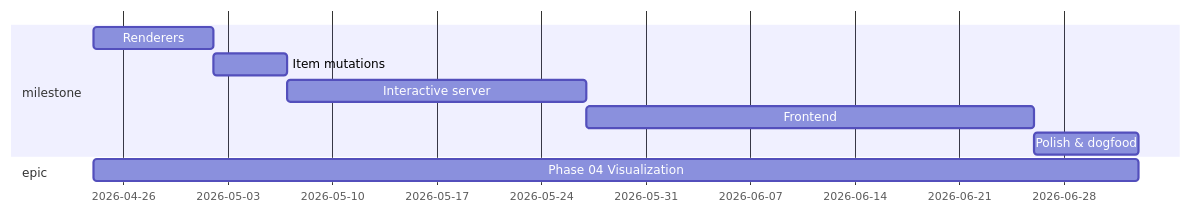
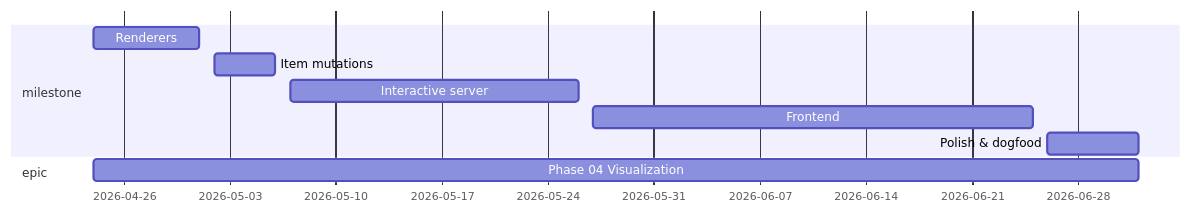
The diagram in views/roadmap.md (jasdefer/Workdown), drawn with Mermaid before and after one commit. The commit also changed other lines of this file and 7 other files, not shown here.

First line of the commit message:
Dogfood gantt by-initiative: add roadmap-by-initiative view

````diff
--- a/views/roadmap.md
+++ b/views/roadmap.md
@@ -3,12 +3,12 @@
 ```mermaid
 gantt
     dateFormat YYYY-MM-DD
     section milestone
-    Renderers :renderers, 2026-04-24, 2026-05-02
-    Item mutations :item-mutations, 2026-05-02, 2026-05-07
-    Interactive server :server, 2026-05-07, 2026-05-27
-    Frontend :frontend, 2026-05-27, 2026-06-26
-    Polish & dogfood :polish, 2026-06-26, 2026-07-03
+    Renderers :renderers, 2026-04-24, 2026-05-01
+    Item mutations :item-mutations, 2026-05-02, 2026-05-06
+    Interactive server :server, 2026-05-07, 2026-05-26
+    Frontend :frontend, 2026-05-27, 2026-06-25
+    Polish & dogfood :polish, 2026-06-26, 2026-07-02
     section epic
-    Phase 04 Visualization :phase-04-visualization, 2026-04-24, 2026-07-03
+    Phase 04 Visualization :phase-04-visualization, 2026-04-24, 2026-07-02
 ```
````
